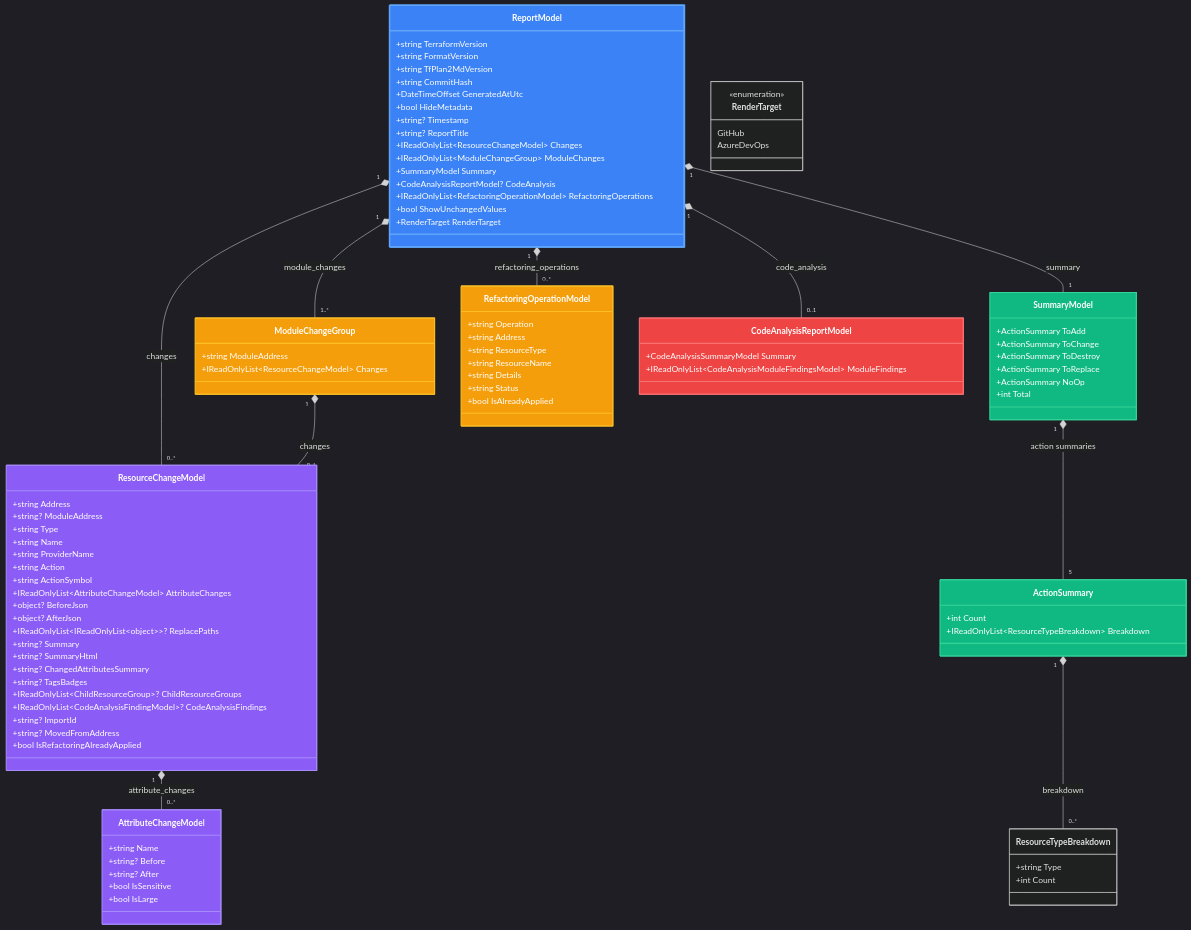
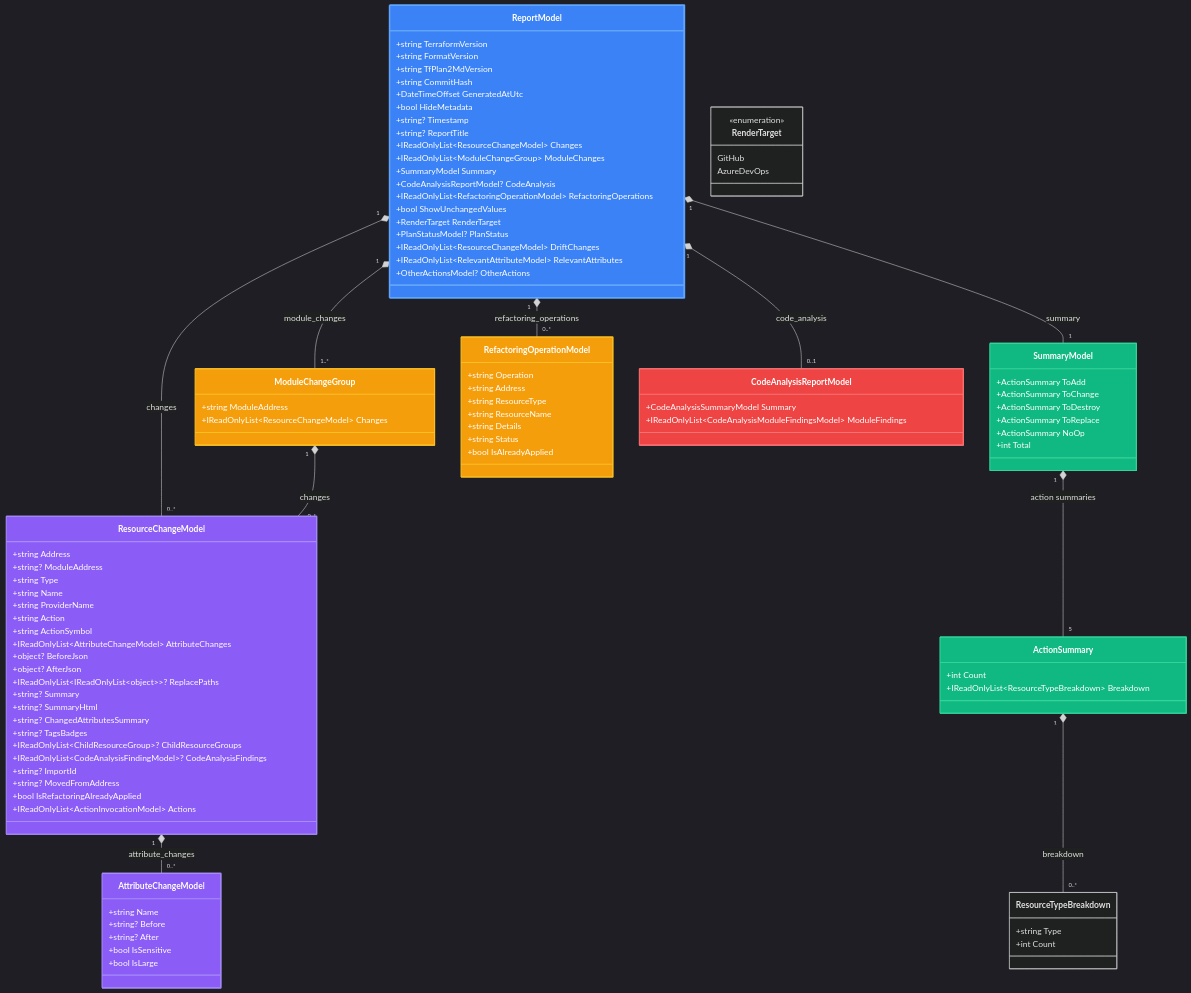
Before and after one commit to Wolfsrudel/iac-hc-terraform-tfplan2md: the sixth of 17 diagrams in docs/architecture.md, drawn with Mermaid. The commit also changed other lines of this file and 3 other files, not shown here.

Commit message:
docs(features/122): update features.md, README.md, and architecture.md for feature 122

```diff
--- a/docs/architecture.md
+++ b/docs/architecture.md
@@ -541,6 +552,10 @@
         +IReadOnlyList~RefactoringOperationModel~ RefactoringOperations
         +bool ShowUnchangedValues
         +RenderTarget RenderTarget
+        +PlanStatusModel? PlanStatus
+        +IReadOnlyList~ResourceChangeModel~ DriftChanges
+        +IReadOnlyList~RelevantAttributeModel~ RelevantAttributes
+        +OtherActionsModel? OtherActions
     }
     
     class ModuleChangeGroup {
@@ -588,6 +603,7 @@
         +string? ImportId
         +string? MovedFromAddress
         +bool IsRefactoringAlreadyApplied
+        +IReadOnlyList~ActionInvocationModel~ Actions
     }
     
     class AttributeChangeModel {
```
